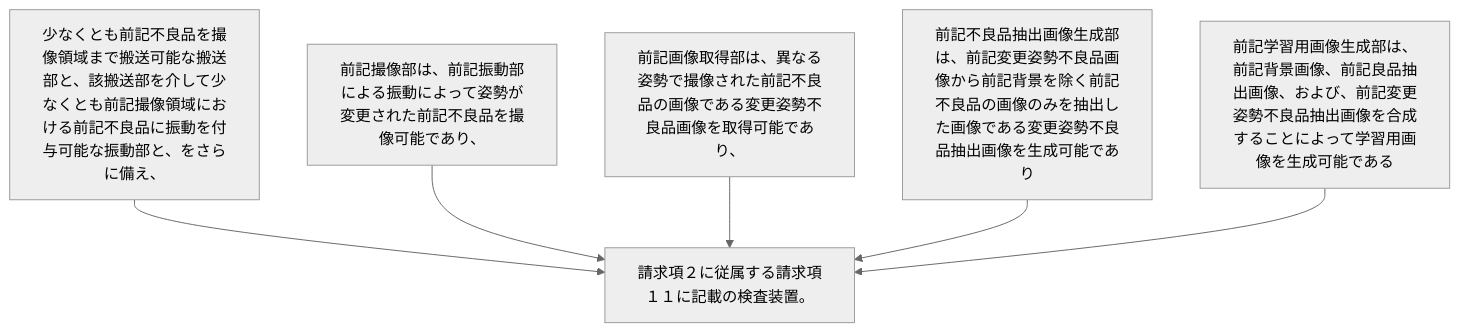
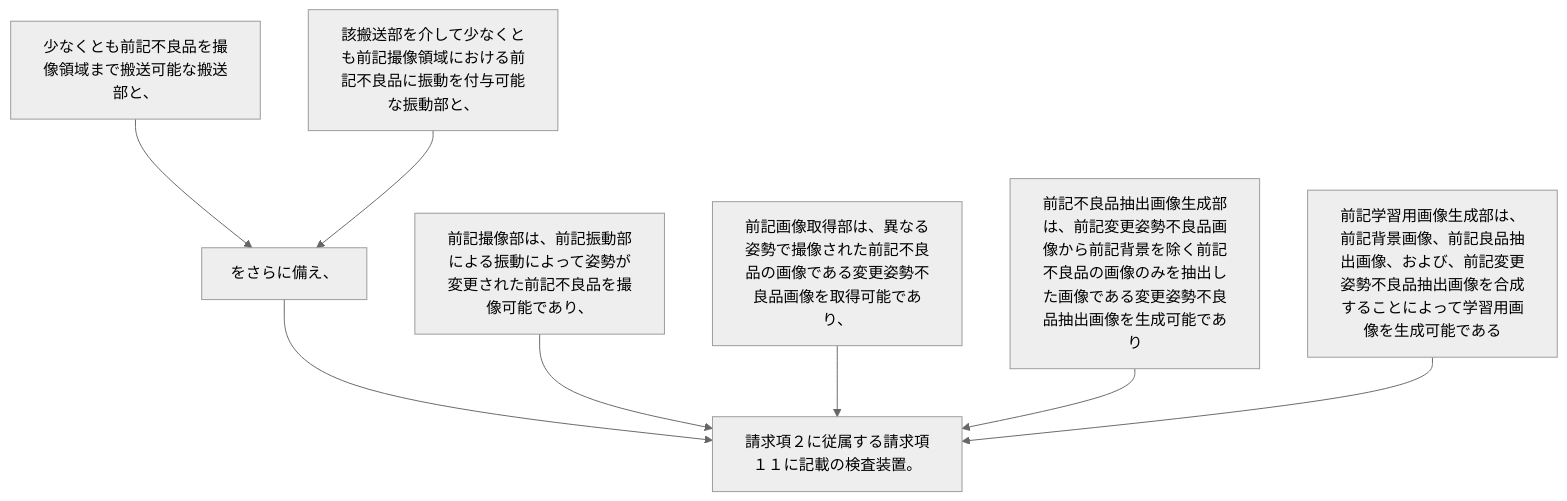
One commit to shinmori55/patent_analyzed changed the diagram in 2024/JP2024000284A/claim_12/README.md. Above: the diagram before and after it, drawn with Mermaid (neutral theme). The commit also changed 31 other files, not shown here.

````diff
--- a/2024/JP2024000284A/claim_12/README.md
+++ b/2024/JP2024000284A/claim_12/README.md
@@ -7,14 +7,18 @@
 ```mermaid
 flowchart TD
-A[少なくとも前記不良品を撮像領域まで搬送可能な搬送部と、該搬送部を介して少なくとも前記撮像領域における前記不良品に振動を付与可能な振動部と、をさらに備え、]
-B[前記撮像部は、前記振動部による振動によって姿勢が変更された前記不良品を撮像可能であり、]
-C[前記画像取得部は、異なる姿勢で撮像された前記不良品の画像である変更姿勢不良品画像を取得可能であり、]
-D[前記不良品抽出画像生成部は、前記変更姿勢不良品画像から前記背景を除く前記不良品の画像のみを抽出した画像である変更姿勢不良品抽出画像を生成可能であり]
-E[前記学習用画像生成部は、前記背景画像、前記良品抽出画像、および、前記変更姿勢不良品抽出画像を合成することによって学習用画像を生成可能である]
-F[請求項２に従属する請求項１１に記載の検査装置。]
-A --> F
-B --> F
-C --> F
-D --> F
-E --> F
+A[少なくとも前記不良品を撮像領域まで搬送可能な搬送部と、]
+B[該搬送部を介して少なくとも前記撮像領域における前記不良品に振動を付与可能な振動部と、]
+C[をさらに備え、]
+D[前記撮像部は、前記振動部による振動によって姿勢が変更された前記不良品を撮像可能であり、]
+E[前記画像取得部は、異なる姿勢で撮像された前記不良品の画像である変更姿勢不良品画像を取得可能であり、]
+F[前記不良品抽出画像生成部は、前記変更姿勢不良品画像から前記背景を除く前記不良品の画像のみを抽出した画像である変更姿勢不良品抽出画像を生成可能であり]
+G[前記学習用画像生成部は、前記背景画像、前記良品抽出画像、および、前記変更姿勢不良品抽出画像を合成することによって学習用画像を生成可能である]
+H[請求項２に従属する請求項１１に記載の検査装置。]
+A --> C
+B --> C
+C --> H
+D --> H
+E --> H
+F --> H
+G --> H
 ```
````
